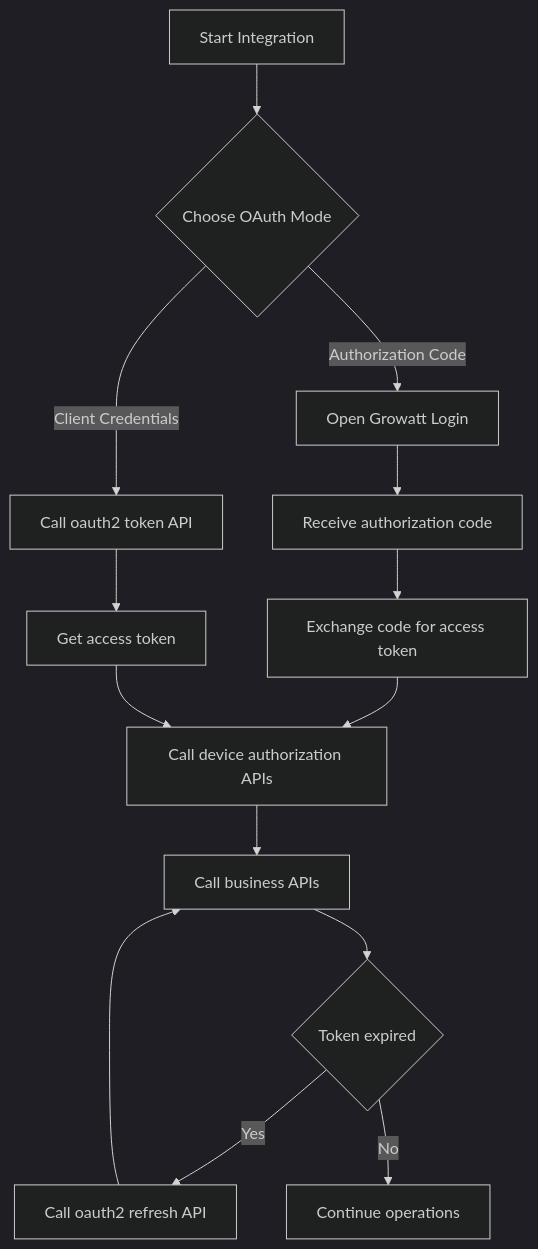
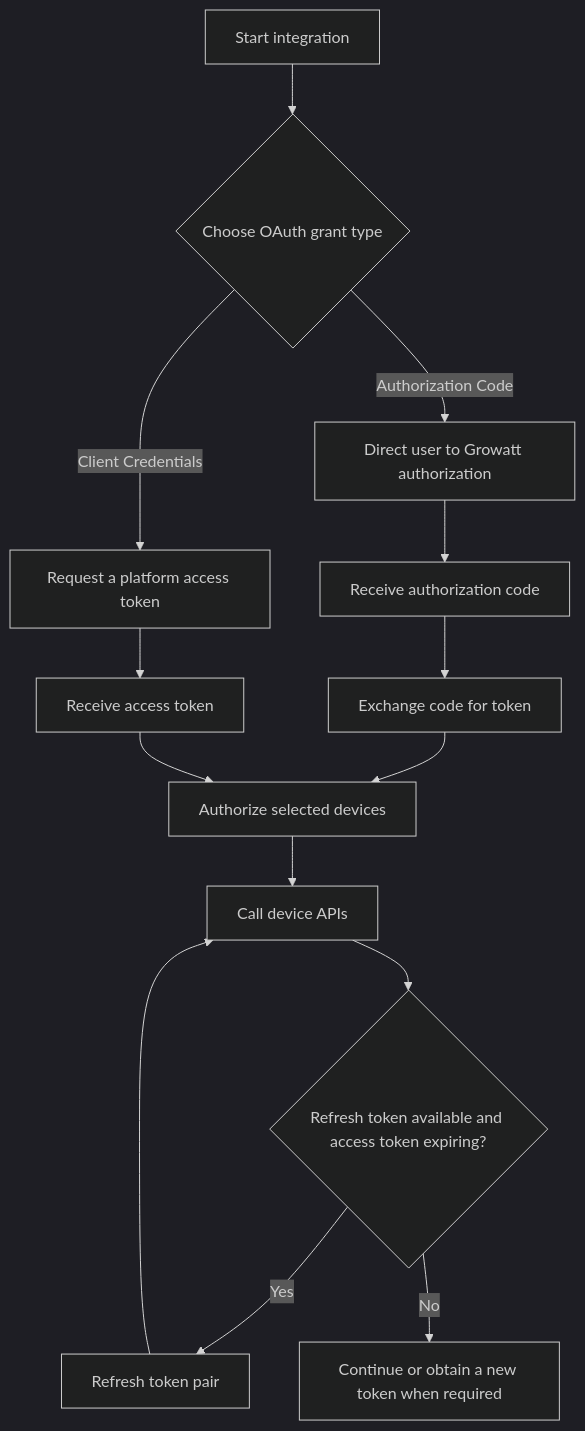
The first of 2 diagrams in Growatt API/OPENAPI/01_authentication.md (EugeneJian/growatt-unified-api), drawn with Mermaid (dark theme) before and after one commit. The commit also changed other lines of this file and 46 other files, not shown here.

````diff
--- a/Growatt API/OPENAPI/01_authentication.md
+++ b/Growatt API/OPENAPI/01_authentication.md
@@ -7,17 +7,16 @@
 ```mermaid
-%% 本代码严格遵循AI生成Mermaid代码的终极准则v4.1（Mermaid终极大师）
 flowchart TD
-    A["Start Integration"] --> B{"Choose OAuth Mode"}
-    B -->|"Authorization Code"| C["Open Growatt Login"]
-    B -->|"Client Credentials"| D["Call oauth2 token API"]
+    A["Start integration"] --> B{"Choose OAuth grant type"}
+    B -->|"Authorization Code"| C["Direct user to Growatt authorization"]
+    B -->|"Client Credentials"| D["Request a platform access token"]
     C --> E["Receive authorization code"]
-    E --> F["Exchange code for access token"]
-    D --> G["Get access token"]
-    F --> H["Call device authorization APIs"]
+    E --> F["Exchange code for token"]
+    D --> G["Receive access token"]
+    F --> H["Authorize selected devices"]
     G --> H
-    H --> I["Call business APIs"]
-    I --> J{"Token expired"}
-    J -->|"Yes"| K["Call oauth2 refresh API"]
+    H --> I["Call device APIs"]
+    I --> J{"Refresh token available and access token expiring?"}
+    J -->|"Yes"| K["Refresh token pair"]
     K --> I
-    J -->|"No"| L["Continue operations"]
+    J -->|"No"| L["Continue or obtain a new token when required"]
 ```
````
